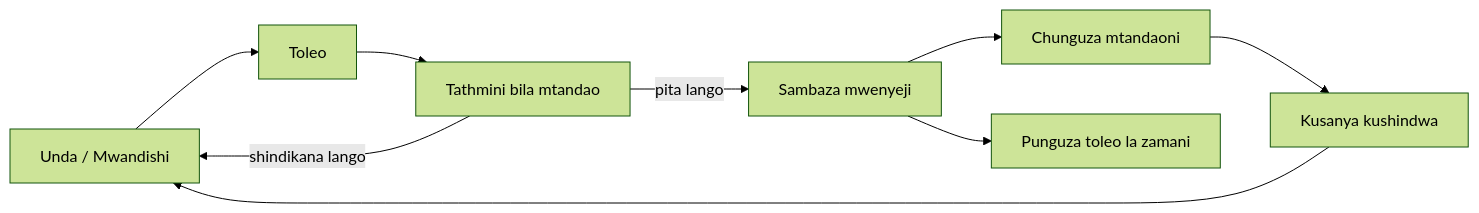
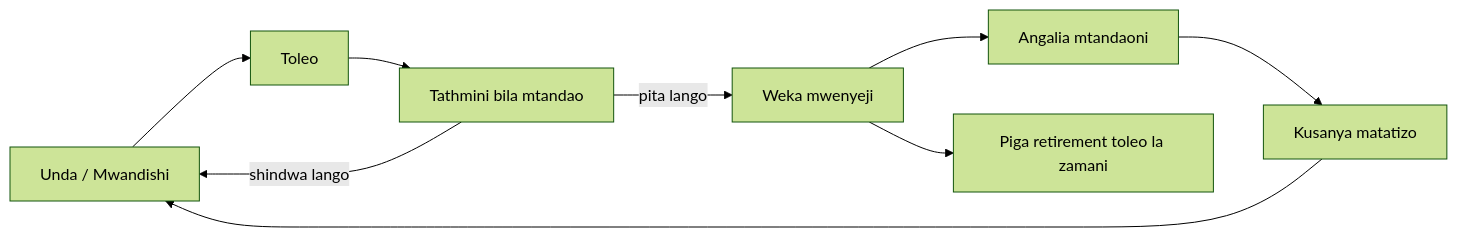
One commit to gabrielmoreira/agent-skills-mirror changed the second of 4 diagrams in mirrors/repos/microsoft@ai-agents-for-beginners/translations/sw/16-deploying-scalable-agents/README.md. Above: the diagram before and after it, drawn with Mermaid (forest theme). The commit also changed other lines of this file and 4262 other files, not shown here.

````diff
--- a/mirrors/repos/microsoft@ai-agents-for-beginners/translations/sw/16-deploying-scalable-agents/README.md
+++ b/mirrors/repos/microsoft@ai-agents-for-beginners/translations/sw/16-deploying-scalable-agents/README.md
@@ -108,11 +108,11 @@
 ```mermaid
 flowchart LR
     Create[Unda / Mwandishi] --> Version[Toleo]
     Version --> Evaluate[Tathmini bila mtandao]
-    Evaluate -->|pita lango| Deploy[Sambaza mwenyeji]
-    Evaluate -->|shindikana lango| Create
-    Deploy --> Observe[Chunguza mtandaoni]
-    Observe --> Improve[Kusanya kushindwa]
+    Evaluate -->|pita lango| Deploy[Weka mwenyeji]
+    Evaluate -->|shindwa lango| Create
+    Deploy --> Observe[Angalia mtandaoni]
+    Observe --> Improve[Kusanya matatizo]
     Improve --> Create
-    Deploy --> Retire[Punguza toleo la zamani]
+    Deploy --> Retire[Piga retirement toleo la zamani]
 ```
````
